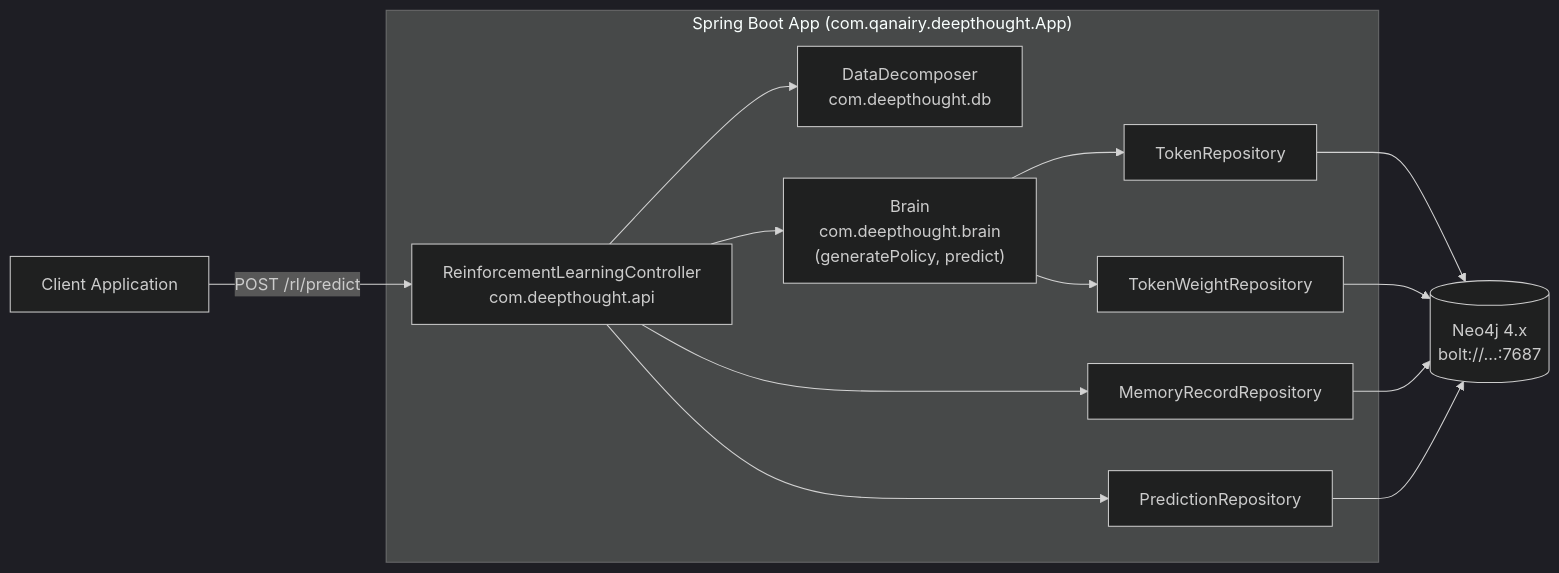
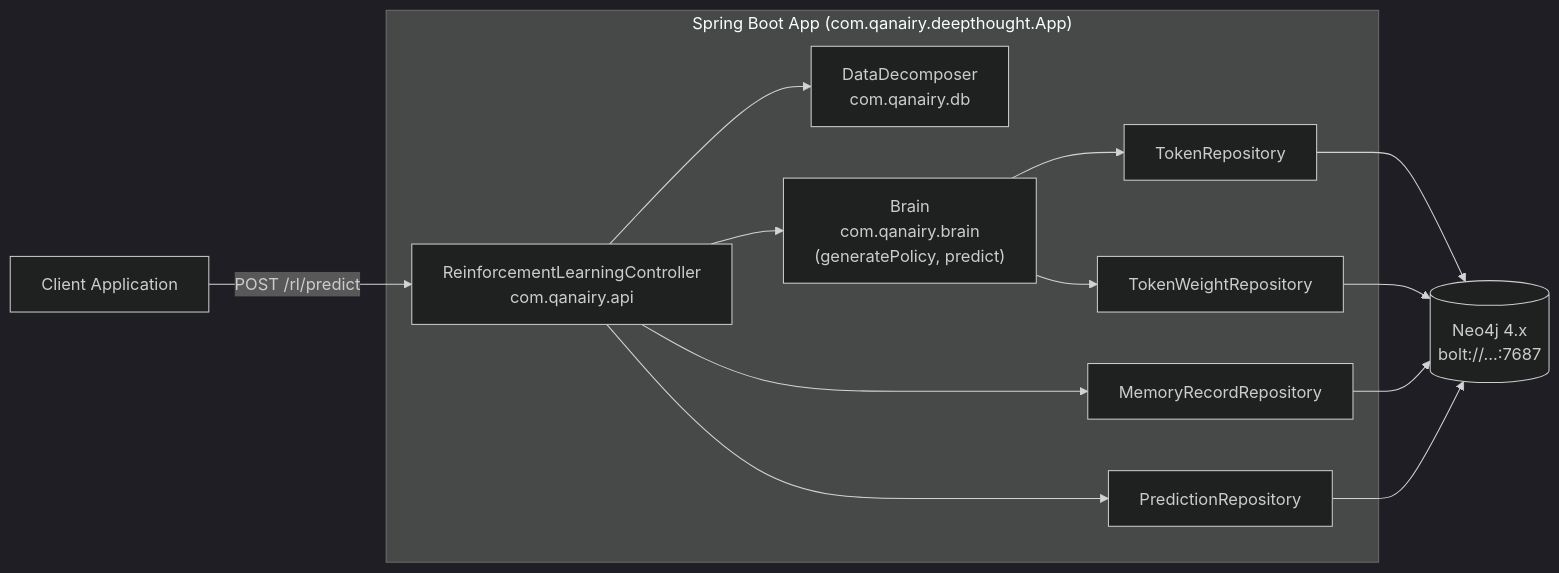
The first of 4 diagrams in docs/reinforcement-learning-endpoints.md (brandonkindred/Deepthought), drawn with Mermaid (dark theme) before and after one commit. The commit also changed other lines of this file, not shown here.

First line of the commit message:
docs: use actual package declarations in predict architecture diagram

````diff
--- a/docs/reinforcement-learning-endpoints.md
+++ b/docs/reinforcement-learning-endpoints.md
@@ -42,26 +42,26 @@
 ```mermaid
 flowchart LR
     Client["Client Application"]
     subgraph Spring["Spring Boot App (com.qanairy.deepthought.App)"]
-        Controller["ReinforcementLearningController<br/>com.deepthought.api"]
-        Decomposer["DataDecomposer<br/>com.deepthought.db"]
-        Brain["Brain<br/>com.deepthought.brain<br/>(generatePolicy, predict)"]
+        Controller["ReinforcementLearningController<br/>com.qanairy.api"]
+        Decomposer["DataDecomposer<br/>com.qanairy.db"]
+        Brain["Brain<br/>com.qanairy.brain<br/>(generatePolicy, predict)"]
         TokenRepo["TokenRepository"]
         WeightRepo["TokenWeightRepository"]
         MemRepo["MemoryRecordRepository"]
         PredRepo["PredictionRepository"]
     end
     Neo4j[("Neo4j 4.x<br/>bolt://...:7687")]
 
     Client -- "POST /rl/predict" --> Controller
     Controller --> Decomposer
     Controller --> Brain
     Brain --> TokenRepo
     Brain --> WeightRepo
     Controller --> MemRepo
     Controller --> PredRepo
     TokenRepo --> Neo4j
     WeightRepo --> Neo4j
     MemRepo --> Neo4j
     PredRepo --> Neo4j
 ```
````
